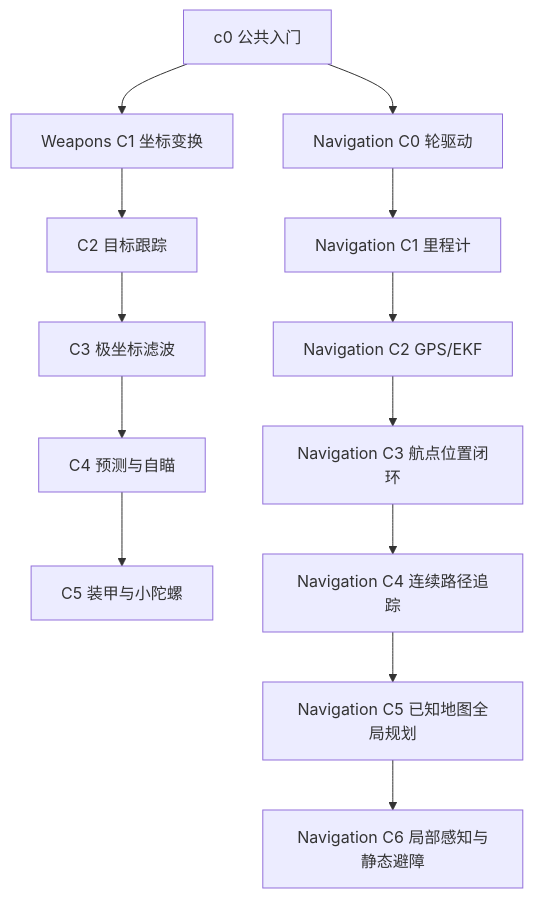
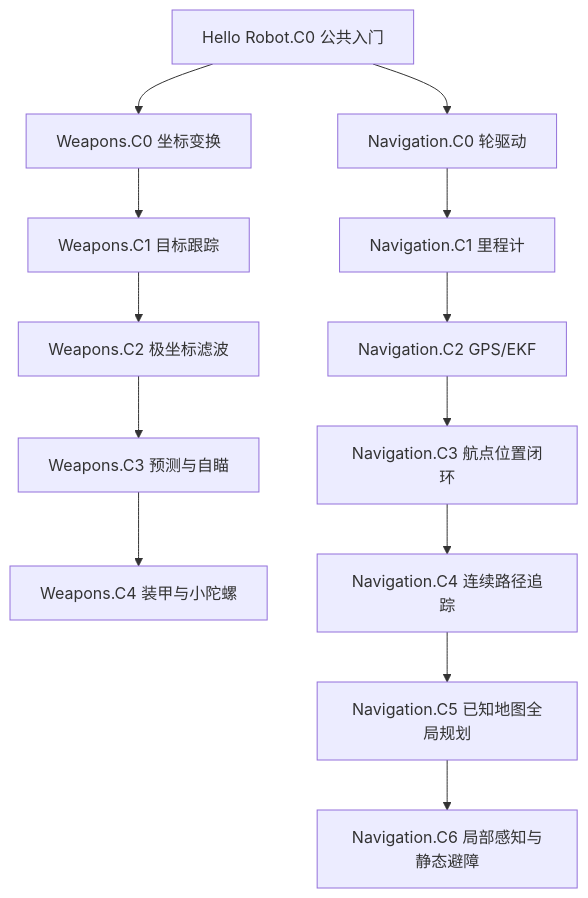
The diagram in docs/36_BRANCHING_PROGRESSION.md (Yangyongyu0506/TankBot), drawn with Mermaid before and after one commit. The commit also changed other lines of this file and 4 other files, not shown here.

````diff
--- a/docs/36_BRANCHING_PROGRESSION.md
+++ b/docs/36_BRANCHING_PROGRESSION.md
@@ -7,15 +7,15 @@
 ```mermaid
 flowchart TD
-    I[c0 公共入门] --> W1[Weapons C1 坐标变换]
-    I --> N0[Navigation C0 轮驱动]
-    W1 --> W2[C2 目标跟踪]
-    W2 --> W3[C3 极坐标滤波]
-    W3 --> W4[C4 预测与自瞄]
-    W4 --> W5[C5 装甲与小陀螺]
-    N0 --> N1[Navigation C1 里程计]
-    N1 --> N2[Navigation C2 GPS/EKF]
-    N2 --> N3[Navigation C3 航点位置闭环]
-    N3 --> N4[Navigation C4 连续路径追踪]
-    N4 --> N5[Navigation C5 已知地图全局规划]
-    N5 --> N6[Navigation C6 局部感知与静态避障]
+    I[Hello Robot.C0 公共入门] --> W1[Weapons.C0 坐标变换]
+    I --> N0[Navigation.C0 轮驱动]
+    W1 --> W2[Weapons.C1 目标跟踪]
+    W2 --> W3[Weapons.C2 极坐标滤波]
+    W3 --> W4[Weapons.C3 预测与自瞄]
+    W4 --> W5[Weapons.C4 装甲与小陀螺]
+    N0 --> N1[Navigation.C1 里程计]
+    N1 --> N2[Navigation.C2 GPS/EKF]
+    N2 --> N3[Navigation.C3 航点位置闭环]
+    N3 --> N4[Navigation.C4 连续路径追踪]
+    N4 --> N5[Navigation.C5 已知地图全局规划]
+    N5 --> N6[Navigation.C6 局部感知与静态避障]
 ```
````
